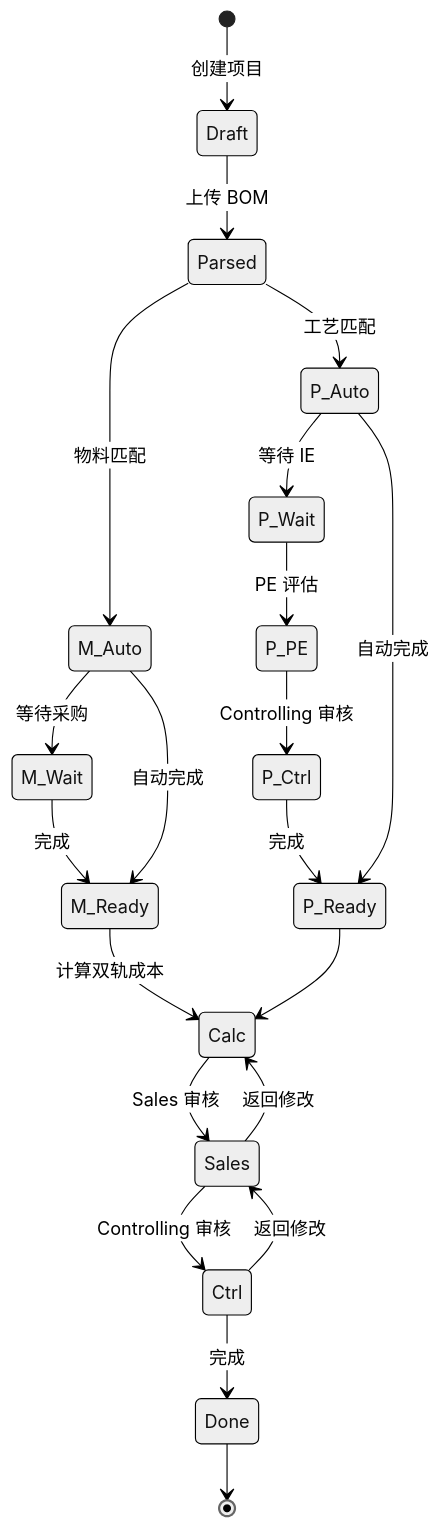
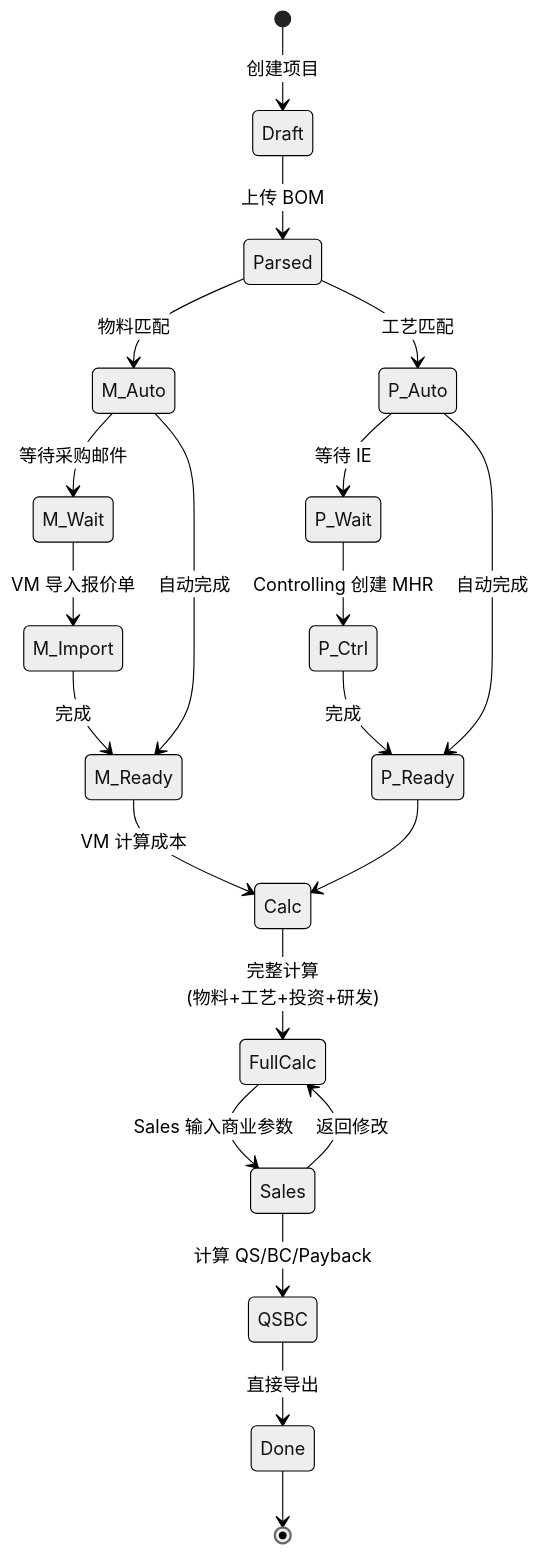
One commit to randyluo85/Quoting-Copilot changed the second of 2 diagrams in docs/PRD.md. Above: the diagram before and after it, drawn with Mermaid (neutral theme). The commit also changed other lines of this file and 35 other files, not shown here.

````diff
--- a/docs/PRD.md
+++ b/docs/PRD.md
@@ -432,30 +426,30 @@
 ```mermaid
 stateDiagram-v2
     [*] --> Draft: 创建项目
     Draft --> Parsed: 上传 BOM
 
     Parsed --> M_Auto: 物料匹配
     Parsed --> P_Auto: 工艺匹配
 
-    M_Auto --> M_Wait: 等待采购
-    M_Wait --> M_Ready: 完成
+    M_Auto --> M_Wait: 等待采购邮件
+    M_Wait --> M_Import: VM 导入报价单
+    M_Import --> M_Ready: 完成
     M_Auto --> M_Ready: 自动完成
 
     P_Auto --> P_Wait: 等待 IE
-    P_Wait --> P_PE: PE 评估
-    P_PE --> P_Ctrl: Controlling 审核
+    P_Wait --> P_Ctrl: Controlling 创建 MHR
     P_Ctrl --> P_Ready: 完成
     P_Auto --> P_Ready: 自动完成
 
-    M_Ready --> Calc: 计算双轨成本
+    M_Ready --> Calc: VM 计算成本
     P_Ready --> Calc
 
-    Calc --> Sales: Sales 审核
-    Sales --> Ctrl: Controlling 审核
+    Calc --> FullCalc: 完整计算<br/>(物料+工艺+投资+研发)
+    FullCalc --> Sales: Sales 输入商业参数
 
-    Ctrl --> Done: 完成
-    Sales --> Calc: 返回修改
-    Ctrl --> Sales: 返回修改
+    Sales --> QSBC: 计算 QS/BC/Payback
+    QSBC --> Done: 直接导出
+    Sales --> FullCalc: 返回修改
 
     Done --> [*]
 ```
````
